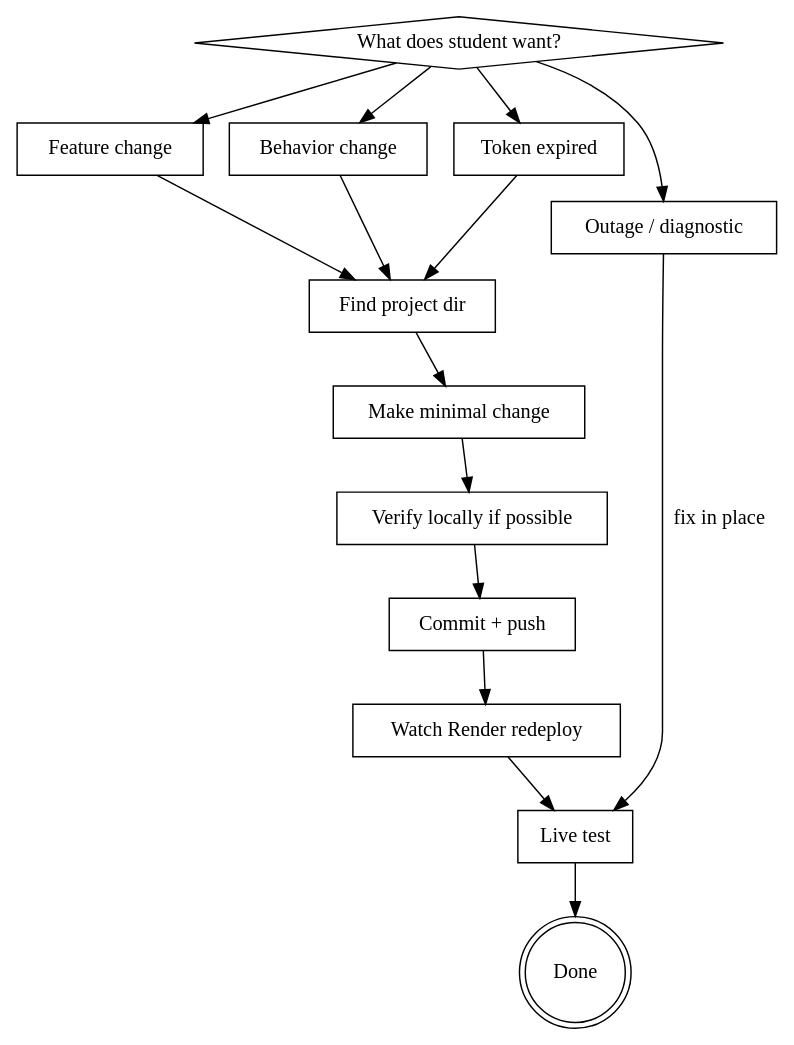
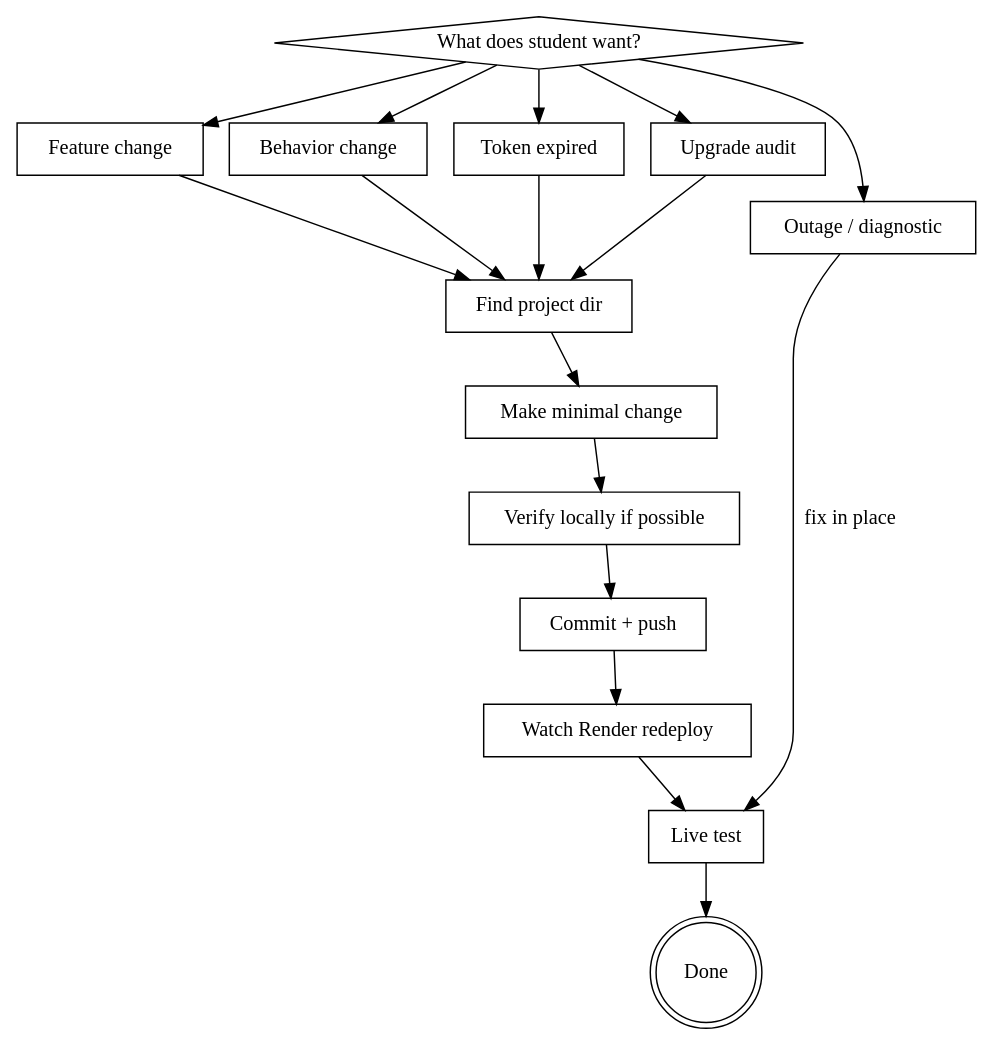
Before and after one commit to Asher-pro/wa-whatsapp-agent: the diagram in skills/wa-maintain/SKILL.md, drawn with Graphviz. The commit also changed other lines of this file and 27 other files, not shown here.

````diff
--- a/skills/wa-maintain/SKILL.md
+++ b/skills/wa-maintain/SKILL.md
@@ -37,32 +45,35 @@
 ```dot
 digraph wa_maintain {
     rankdir=TB;
     "What does student want?" [shape=diamond];
     "Behavior change" [shape=box];
     "Feature change" [shape=box];
     "Outage / diagnostic" [shape=box];
     "Token expired" [shape=box];
+    "Upgrade audit" [shape=box];
     "Find project dir" [shape=box];
     "Make minimal change" [shape=box];
     "Verify locally if possible" [shape=box];
     "Commit + push" [shape=box];
     "Watch Render redeploy" [shape=box];
     "Live test" [shape=box];
     "Done" [shape=doublecircle];
 
     "What does student want?" -> "Behavior change";
     "What does student want?" -> "Feature change";
     "What does student want?" -> "Outage / diagnostic";
     "What does student want?" -> "Token expired";
+    "What does student want?" -> "Upgrade audit";
     "Behavior change" -> "Find project dir";
     "Feature change" -> "Find project dir";
     "Token expired" -> "Find project dir";
+    "Upgrade audit" -> "Find project dir";
     "Find project dir" -> "Make minimal change";
     "Make minimal change" -> "Verify locally if possible";
     "Verify locally if possible" -> "Commit + push";
     "Commit + push" -> "Watch Render redeploy";
     "Watch Render redeploy" -> "Live test";
     "Live test" -> "Done";
     "Outage / diagnostic" -> "Live test" [label="fix in place"];
 }
 ```
````
